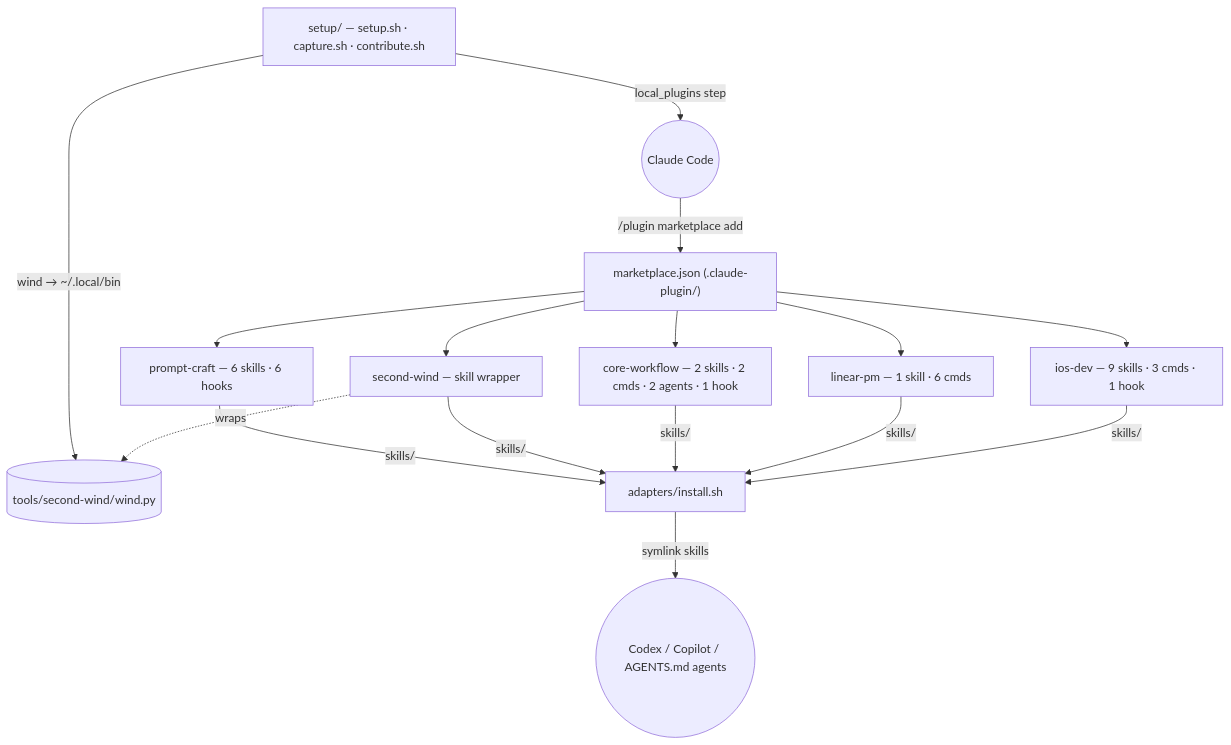
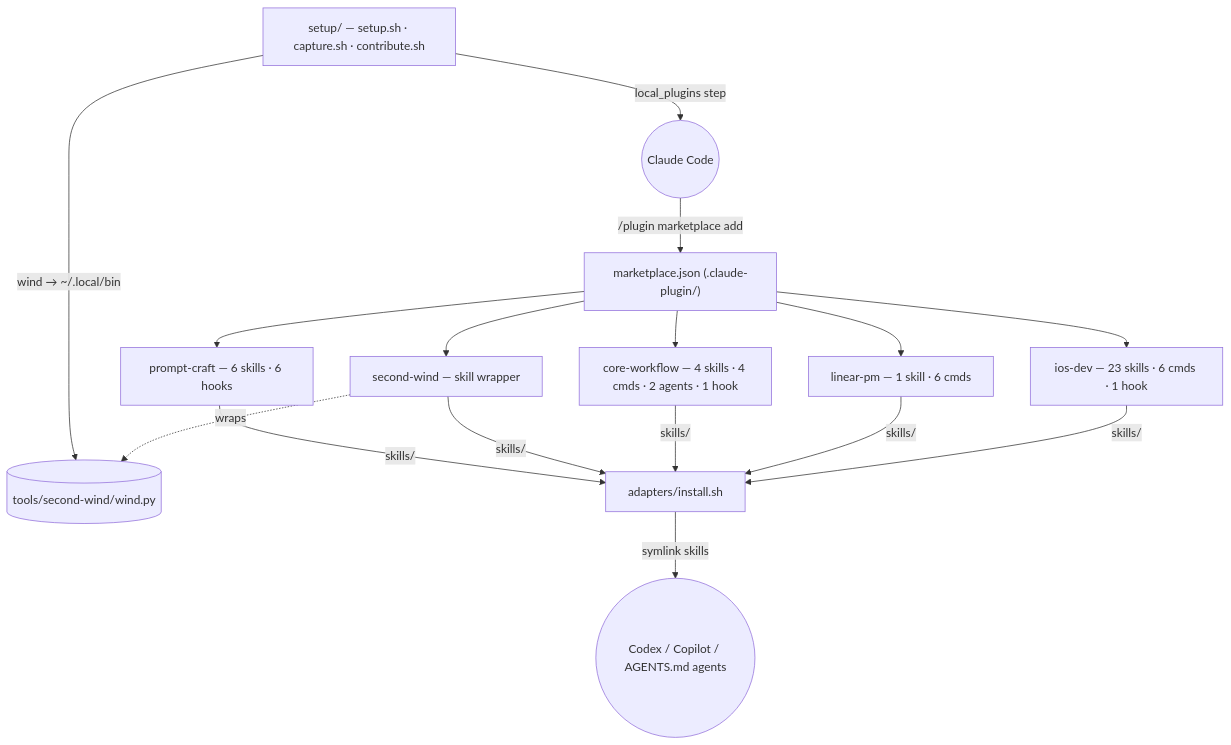
One commit to abhijitbansal/claude-skills changed the diagram in docs/architecture.md. Above: the diagram before and after it, drawn with Mermaid. The commit also changed other lines of this file and 10 other files, not shown here.

First line of the commit message:
docs(site): sync catalog/architecture/landing with the 14 mined ios-dev skills, release v2, scaffold, site kit + core-workflow's learn-lesson/branch-explainer

````diff
--- a/docs/architecture.md
+++ b/docs/architecture.md
@@ -15,22 +15,22 @@
 ```mermaid
 flowchart TD
   MP["marketplace.json (.claude-plugin/)"]
-  IOS["ios-dev — 9 skills · 3 cmds · 1 hook"]
+  IOS["ios-dev — 23 skills · 6 cmds · 1 hook"]
   LIN["linear-pm — 1 skill · 6 cmds"]
-  CW["core-workflow — 2 skills · 2 cmds · 2 agents · 1 hook"]
+  CW["core-workflow — 4 skills · 4 cmds · 2 agents · 1 hook"]
   SW["second-wind — skill wrapper"]
   PC["prompt-craft — 6 skills · 6 hooks"]
   WIND[("tools/second-wind/wind.py")]
   AD["adapters/install.sh"]
   SEED["setup/ — setup.sh · capture.sh · contribute.sh"]
   CC(("Claude Code"))
   OTHER(("Codex / Copilot / AGENTS.md agents"))
 
   MP --> IOS & LIN & CW & SW & PC
   SW -.->|wraps| WIND
   CC -->|"/plugin marketplace add"| MP
   SEED -->|local_plugins step| CC
   SEED -->|"wind → ~/.local/bin"| WIND
   AD -->|symlink skills| OTHER
   IOS & LIN & CW & SW & PC -->|skills/| AD
 ```
````
